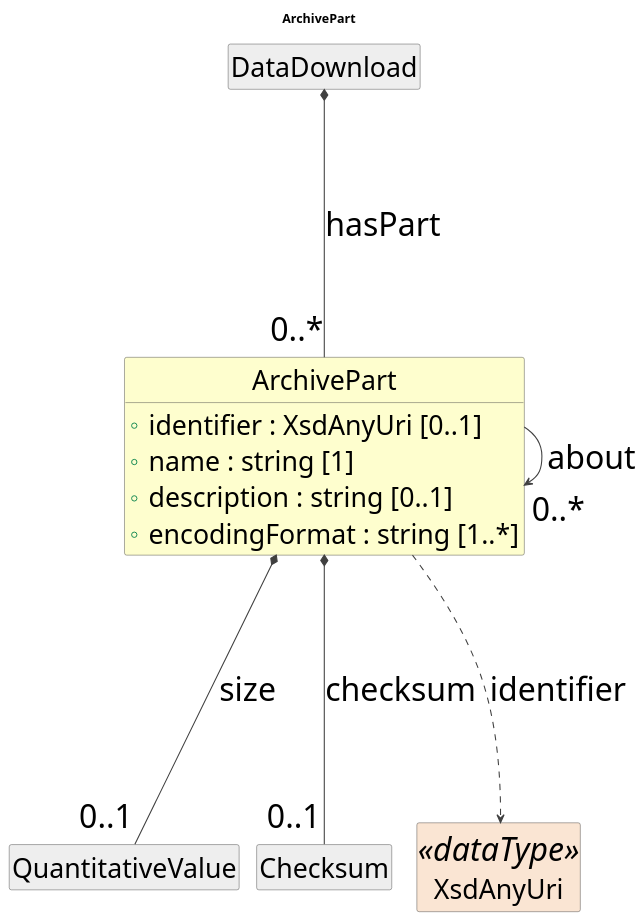
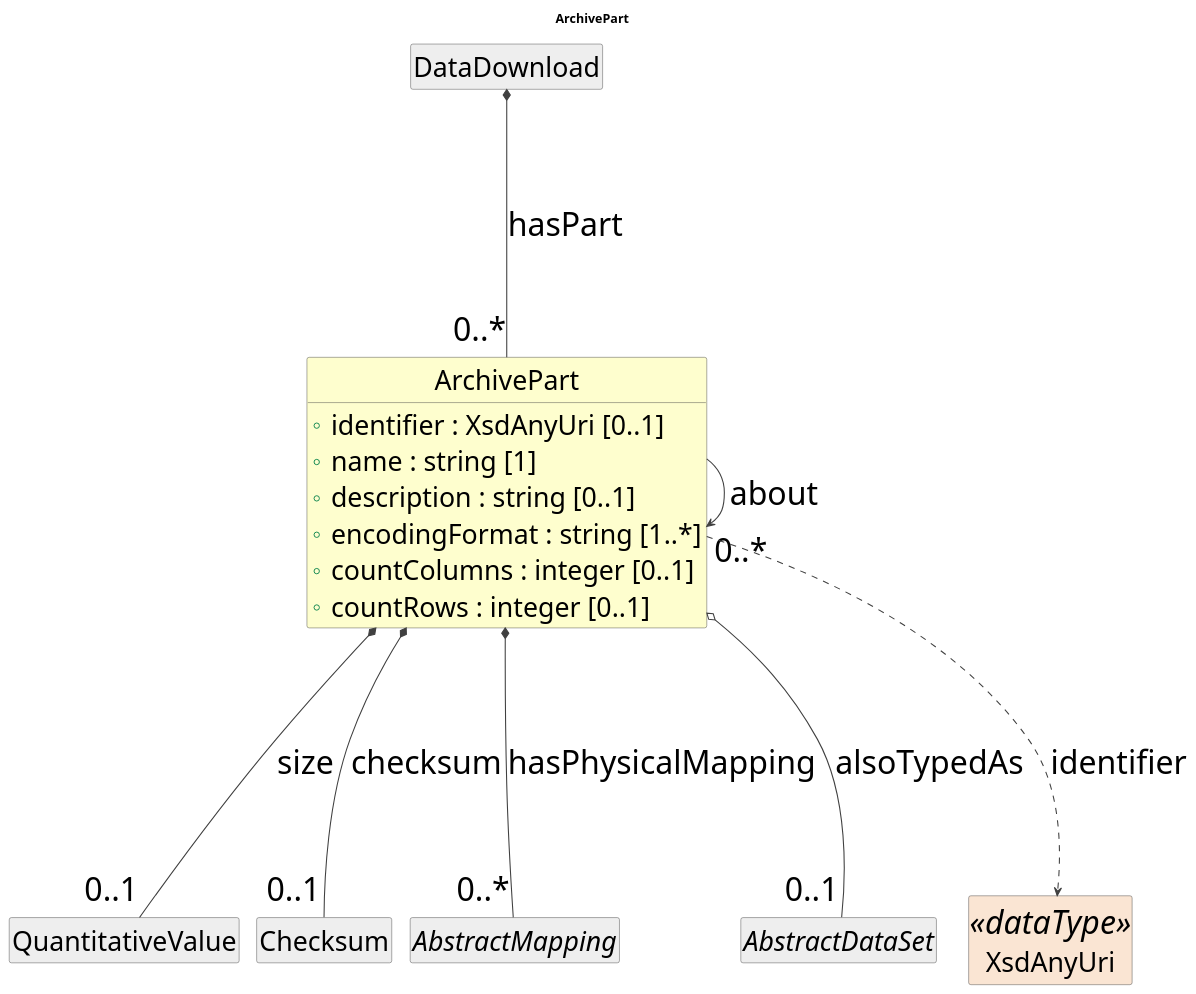
One commit to Cross-Domain-Interoperability-Framework/metadataBuildingBlocks changed the diagram in cdif-uml-model/_plantuml/cdifManifest/Classes/ArchivePart.pu. Above: the diagram before and after it, drawn with PlantUML. The commit also changed 485 other files, not shown here.

```diff
--- a/cdif-uml-model/_plantuml/cdifManifest/Classes/ArchivePart.pu
+++ b/cdif-uml-model/_plantuml/cdifManifest/Classes/ArchivePart.pu
@@ -1,33 +1,39 @@
 @startuml
 title ArchivePart
 hide circle
 hide empty members
 skinparam shadowing false
 skinparam ArrowThickness 1.2
 skinparam ranksep 250
 skinparam nodesep 20
 skinparam defaultFontSize 36
 skinparam class {
   ArrowColor #404040
   BorderColor #404040
   FontSize 36
   AttributeFontSize 30
 }
 
 class "ArchivePart" as ArchivePart #FEFECE {
   +identifier : XsdAnyUri [0..1]
   +name : string [1]
   +description : string [0..1]
   +encodingFormat : string [1..*]
+  +countColumns : integer [0..1]
+  +countRows : integer [0..1]
 }
 class "DataDownload" as DataDownload #EEEEEE
 DataDownload *-- "0..*" ArchivePart : hasPart
 ArchivePart --> "0..*" ArchivePart : about
 class "QuantitativeValue" as QuantitativeValue #EEEEEE
 ArchivePart *-- "0..1" QuantitativeValue : size
 class "Checksum" as Checksum #EEEEEE
 ArchivePart *-- "0..1" Checksum : checksum
+abstract class "AbstractMapping" as AbstractMapping #EEEEEE
+ArchivePart *-- "0..*" AbstractMapping : hasPhysicalMapping
+abstract class "AbstractDataSet" as AbstractDataSet #EEEEEE
+ArchivePart o-- "0..1" AbstractDataSet : alsoTypedAs
 class "XsdAnyUri" as XsdAnyUri <<dataType>> #FAE5D3
 ArchivePart ..> XsdAnyUri : identifier
 
 @enduml
```
